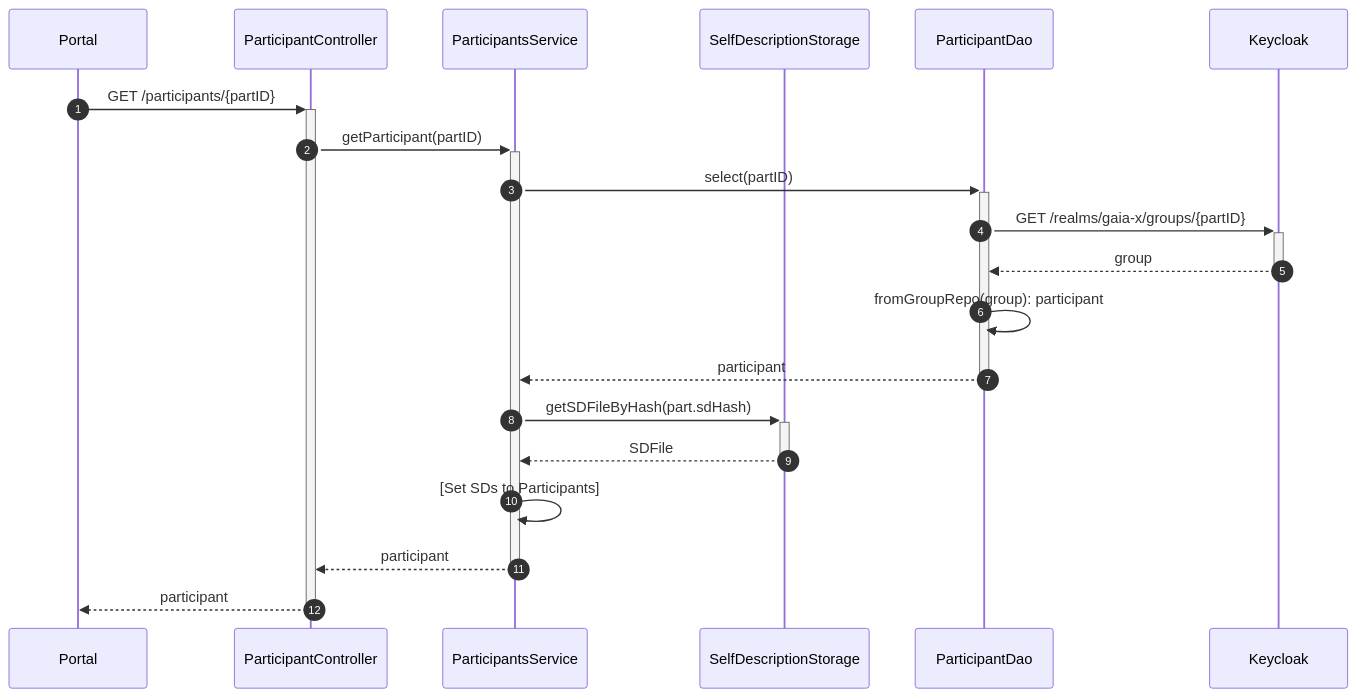
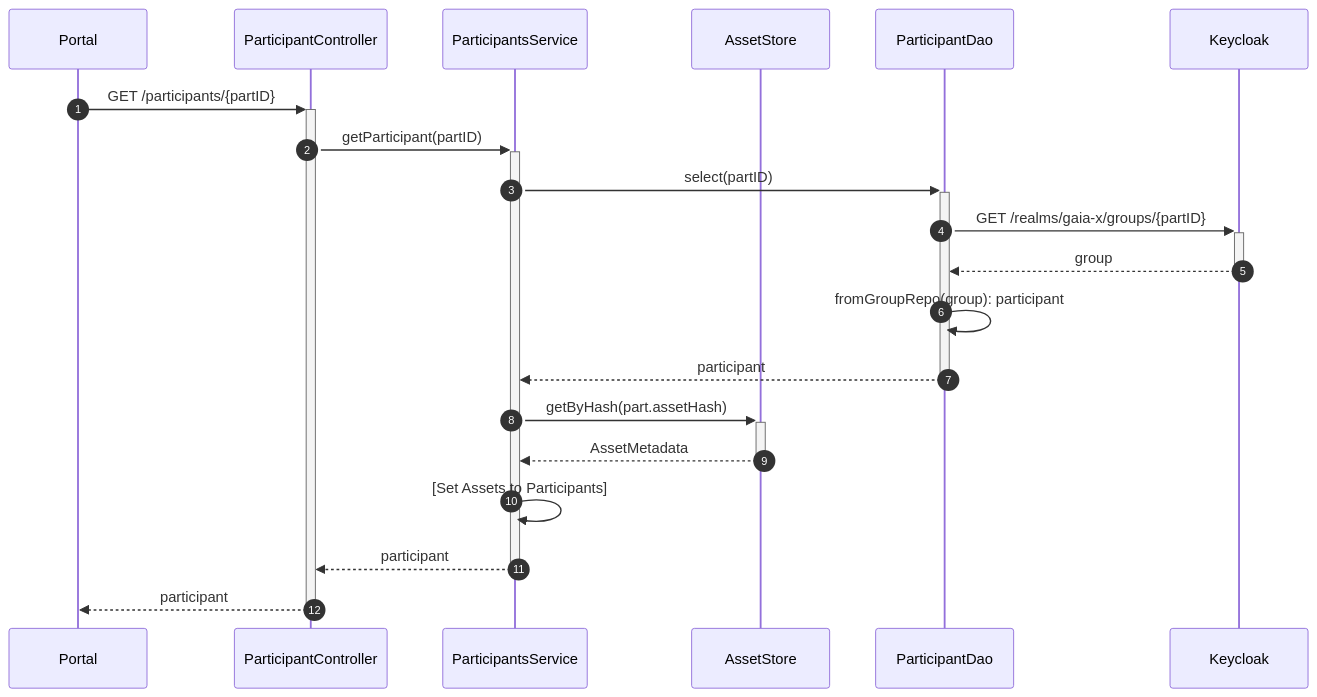
One commit to federated-catalogue-enhancements-2026/docs changed the third of 34 diagrams in federated-catalogue/src/docs/architecture/chapters/06_runtime_view.adoc. Above: the diagram before and after it, drawn with Mermaid. The commit also changed other lines of this file and 11 other files, not shown here.

```diff
--- a/federated-catalogue/src/docs/architecture/chapters/06_runtime_view.adoc
+++ b/federated-catalogue/src/docs/architecture/chapters/06_runtime_view.adoc
@@ -97,23 +97,23 @@
 [mermaid, width=2000]
 ....
 sequenceDiagram
     autonumber
     participant Portal
     participant ParticipantController
     participant ParticipantsService
-    participant SDStore as SelfDescriptionStorage
+    participant AssetStore as AssetStore
     participant ParticipantDao
     participant Keycloak
     Portal ->> + ParticipantController: GET /participants/{partID}
     ParticipantController ->> + ParticipantsService: getParticipant(partID)
     ParticipantsService ->> + ParticipantDao: select(partID)
     ParticipantDao ->> + Keycloak: GET /realms/gaia-x/groups/{partID}
     Keycloak -->> - ParticipantDao: group
     ParticipantDao ->> ParticipantDao: fromGroupRepo(group): participant
     ParticipantDao -->> - ParticipantsService: participant
-    ParticipantsService ->> + SDStore: getSDFileByHash(part.sdHash)
-    SDStore -->> - ParticipantsService: SDFile
-    ParticipantsService ->> ParticipantsService: [Set SDs to Participants]
+    ParticipantsService ->> + AssetStore: getByHash(part.assetHash)
+    AssetStore -->> - ParticipantsService: AssetMetadata
+    ParticipantsService ->> ParticipantsService: [Set Assets to Participants]
     ParticipantsService -->> - ParticipantController: participant
     ParticipantController -->> - Portal: participant
 ....
```
